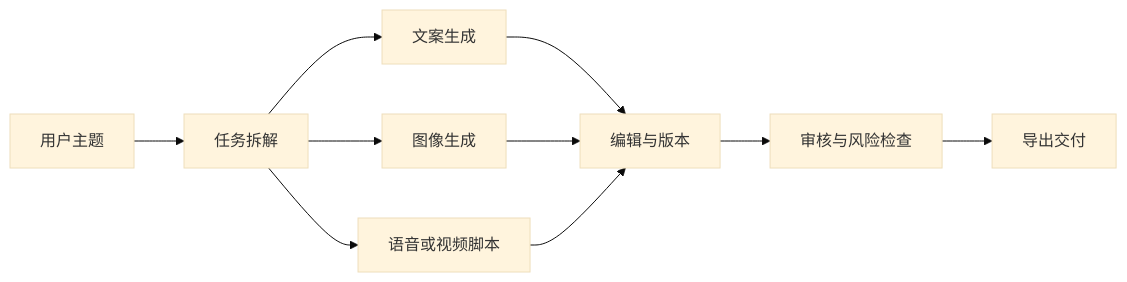
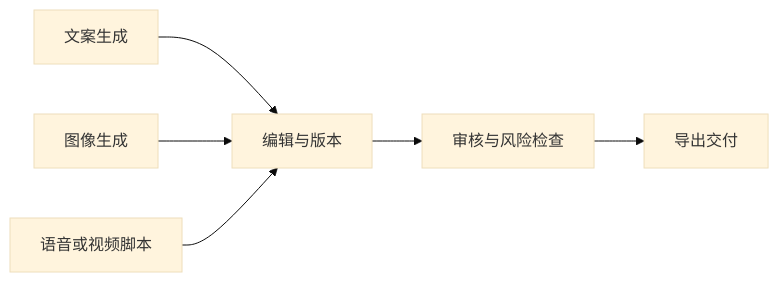
Before and after one commit to oudbiao/AI-fullstack-course: the second of 5 diagrams in docs/stage10/ch05-projects/00-roadmap.md, drawn with Mermaid (base theme). The commit also changed other lines of this file and 139 other files, not shown here.

````diff
--- a/docs/stage10/ch05-projects/00-roadmap.md
+++ b/docs/stage10/ch05-projects/00-roadmap.md
@@ -20,12 +30,8 @@
 ```mermaid
 flowchart LR
-  A[用户主题] --> B[任务拆解]
-  B --> C[文案生成]
-  B --> D[图像生成]
-  B --> E[语音或视频脚本]
-  C --> F[编辑与版本]
-  D --> F
-  E --> F
+  C[文案生成] --> F[编辑与版本]
+  D[图像生成] --> F
+  E[语音或视频脚本] --> F
   F --> G[审核与风险检查]
   G --> H[导出交付]
 ```
````
